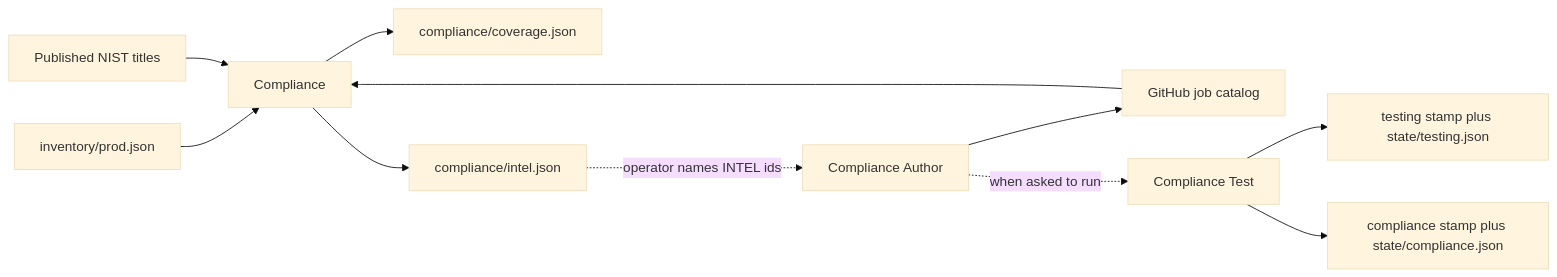
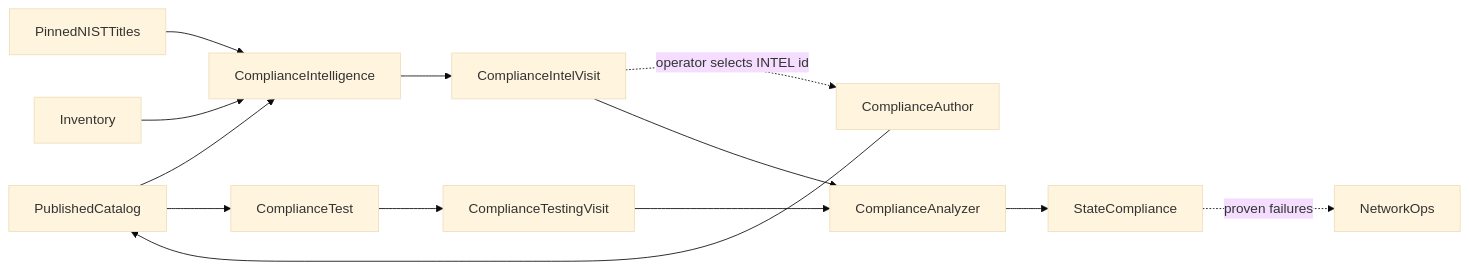
One commit to Presidio-Federal/ai-studio-netops changed the diagram in documentation/compliance-agents.md. Above: the diagram before and after it, drawn with Mermaid (base theme). The commit also changed other lines of this file and 47 other files, not shown here.

````diff
--- a/documentation/compliance-agents.md
+++ b/documentation/compliance-agents.md
@@ -13,23 +22,27 @@
 ```mermaid
 flowchart LR
-  Estate[inventory/prod.json]
-  Git[GitHub job catalog]
-  NIST[Published NIST titles]
-  CI[Compliance]
-  Cover[compliance/coverage.json]
-  Intel[compliance/intel.json]
-  CA[Compliance Author]
-  CT[Compliance Test]
-  Testing[testing stamp plus state/testing.json]
-  CompRun[compliance stamp plus state/compliance.json]
-  Estate --> CI
-  Git --> CI
-  NIST --> CI
-  CI --> Cover
-  CI --> Intel
-  Intel -.->|operator names INTEL ids| CA
-  CA --> Git
-  CA -.->|when asked to run| CT
-  CT --> Testing
-  CT --> CompRun
+  Catalog[PublishedCatalog]
+  NIST[PinnedNISTTitles]
+  Estate[Inventory]
+  IntelAgent[ComplianceIntelligence]
+  IntelVisit[ComplianceIntelVisit]
+  Author[ComplianceAuthor]
+  TestAgent[ComplianceTest]
+  TestVisit[ComplianceTestingVisit]
+  Analyzer[ComplianceAnalyzer]
+  State[StateCompliance]
+  Ops[NetworkOps]
+
+  Catalog --> IntelAgent
+  NIST --> IntelAgent
+  Estate --> IntelAgent
+  IntelAgent --> IntelVisit
+  IntelVisit -.->|"operator selects INTEL id"| Author
+  Author --> Catalog
+  Catalog --> TestAgent
+  TestAgent --> TestVisit
+  IntelVisit --> Analyzer
+  TestVisit --> Analyzer
+  Analyzer --> State
+  State -.->|"proven failures"| Ops
 ```
````
